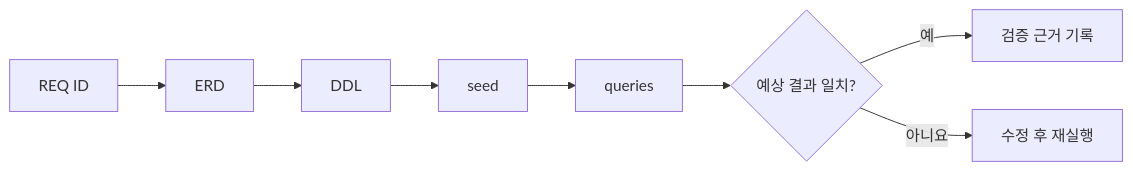
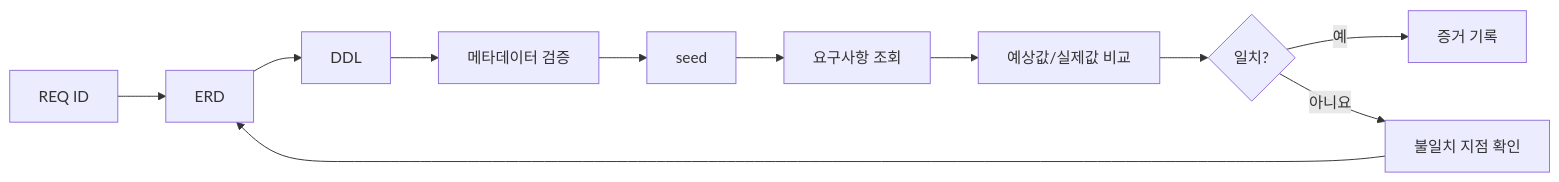
One commit to GilbertMoon/ai-database-book changed the diagram in images/chapter15/ch15_04_db_design_validation.mmd. Above: the diagram before and after it, drawn with Mermaid. The commit also changed 16 other files, not shown here.

Commit message:
Improve Chapter 15 project flow diagrams

```diff
--- a/images/chapter15/ch15_04_db_design_validation.mmd
+++ b/images/chapter15/ch15_04_db_design_validation.mmd
@@ -1,8 +1,11 @@
 flowchart LR
 A[REQ ID] --> B[ERD]
 B --> C[DDL]
-C --> D[seed]
-D --> E[queries]
-E --> F{예상 결과 일치?}
-F -->|예| G[검증 근거 기록]
-F -->|아니요| H[수정 후 재실행]
+C --> D[메타데이터 검증]
+D --> E[seed]
+E --> F[요구사항 조회]
+F --> G[예상값/실제값 비교]
+G --> H{일치?}
+H -->|예| I[증거 기록]
+H -->|아니요| J[불일치 지점 확인]
+J --> B
```
